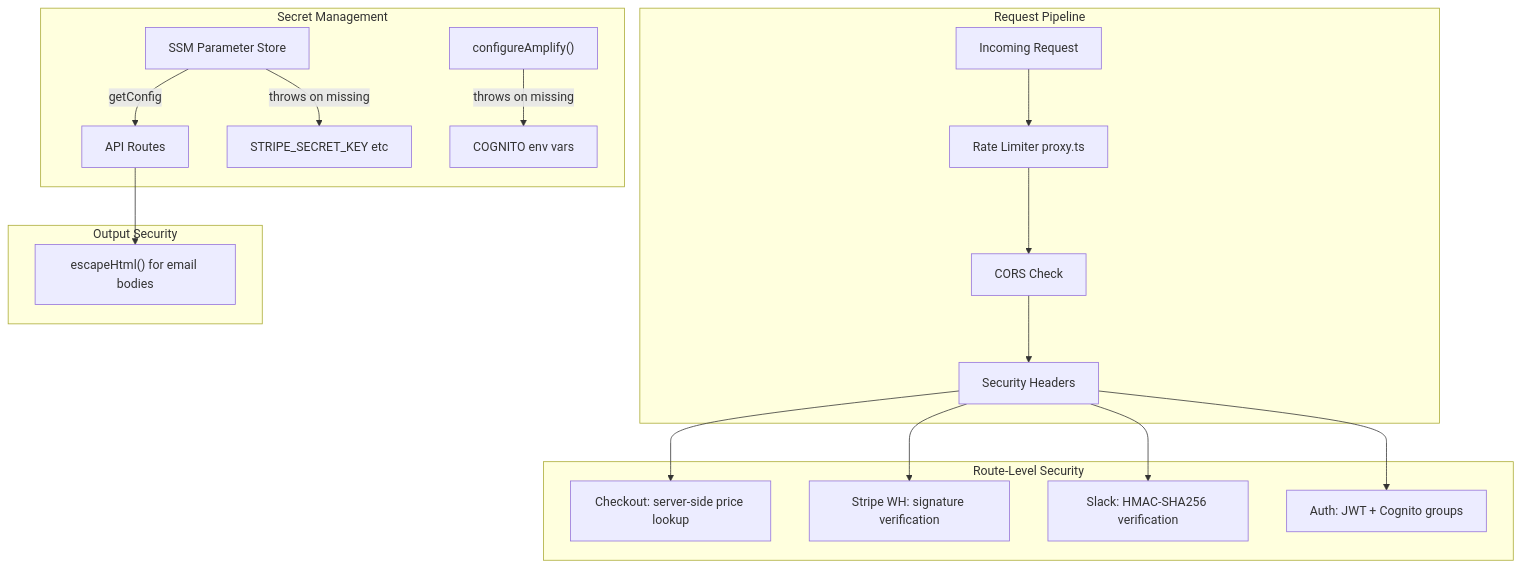
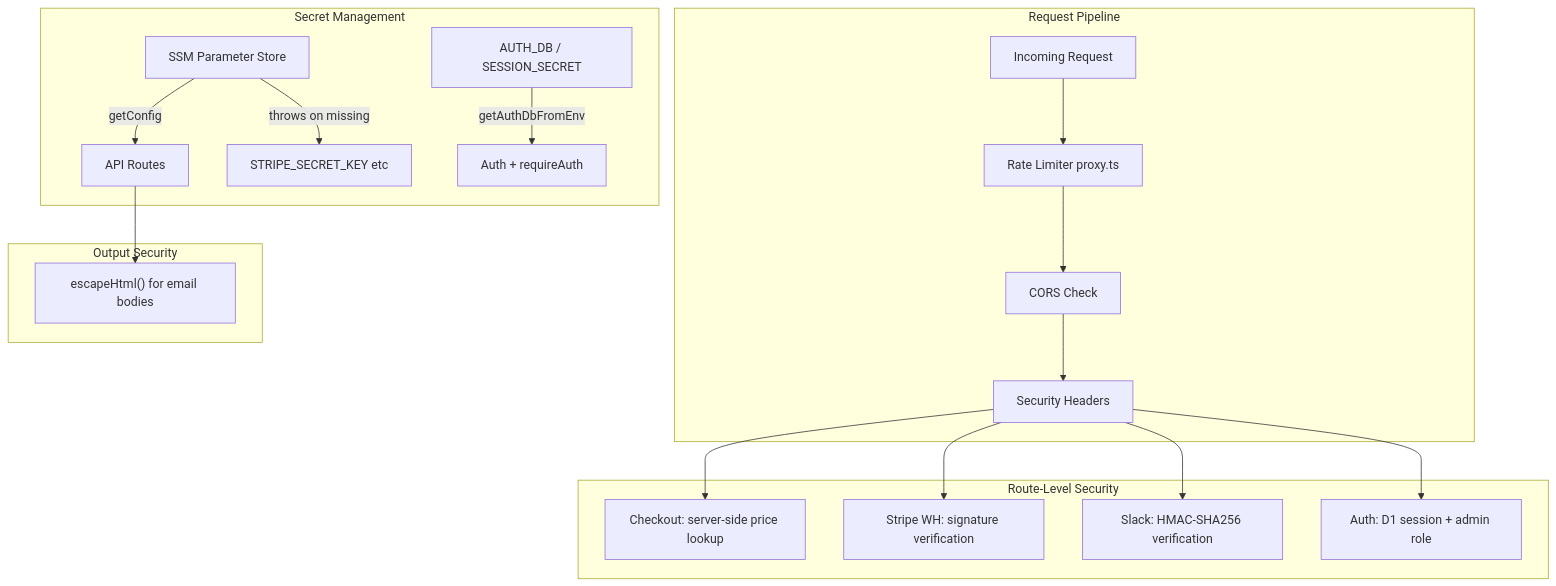
The second of 4 diagrams in AGENTS.md (Themis128/cloudless.gr), drawn with Mermaid before and after one commit. The commit also changed other lines of this file and 3 other files, not shown here.

````diff
--- a/AGENTS.md
+++ b/AGENTS.md
@@ -266,24 +268,24 @@
 ```mermaid
 graph TB
     subgraph Edge["Request Pipeline"]
         Req["Incoming Request"] --> RL["Rate Limiter proxy.ts"]
         RL --> CORS["CORS Check"]
         CORS --> Headers["Security Headers"]
     end
     subgraph Validation["Route-Level Security"]
         Headers --> Checkout["Checkout: server-side price lookup"]
         Headers --> Stripe["Stripe WH: signature verification"]
         Headers --> SlackV["Slack: HMAC-SHA256 verification"]
-        Headers --> Auth["Auth: JWT + Cognito groups"]
+        Headers --> Auth["Auth: D1 session + admin role"]
     end
 
     subgraph Secrets["Secret Management"]
         SSM["SSM Parameter Store"] -->|getConfig| Routes["API Routes"]
         SSM -->|throws on missing| Required["STRIPE_SECRET_KEY etc"]
-        Amplify["configureAmplify()"] -->|throws on missing| CogVars["COGNITO env vars"]
+        D1Auth["AUTH_DB / SESSION_SECRET"] -->|getAuthDbFromEnv| AuthRoutes["Auth + requireAuth"]
     end
 
     subgraph Output["Output Security"]
         Routes --> Escape["escapeHtml() for email bodies"]
     end
 ```
````
